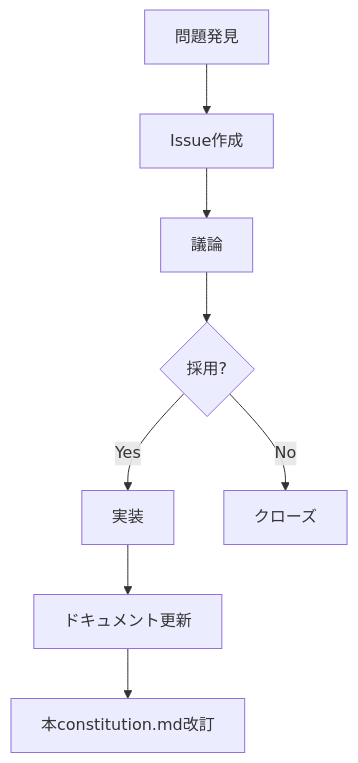
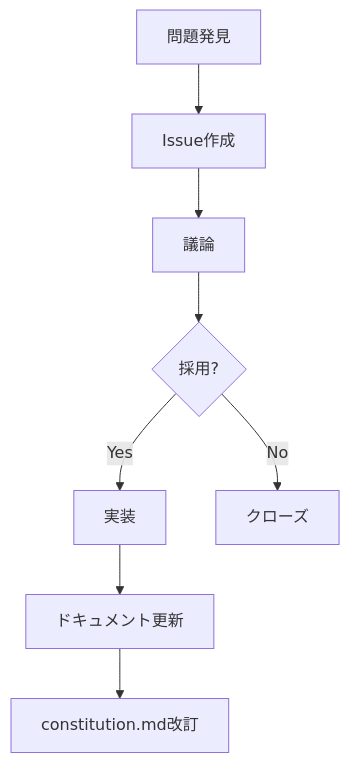
One commit to J1921604/ValueScope changed diagram 11 of 11 in .specify/memory/constitution.md. Above: the diagram before and after it, drawn with Mermaid. The commit also changed other lines of this file and 16 other files, not shown here.

````diff
--- a/.specify/memory/constitution.md
+++ b/.specify/memory/constitution.md
@@ -363,10 +585,10 @@
 ```mermaid
 flowchart TD
     A[問題発見] --> B[Issue作成]
     B --> C[議論]
     C --> D{採用?}
     D -->|Yes| E[実装]
     D -->|No| F[クローズ]
     E --> G[ドキュメント更新]
-    G --> H[本constitution.md改訂]
+    G --> H[constitution.md改訂]
 ```
````
